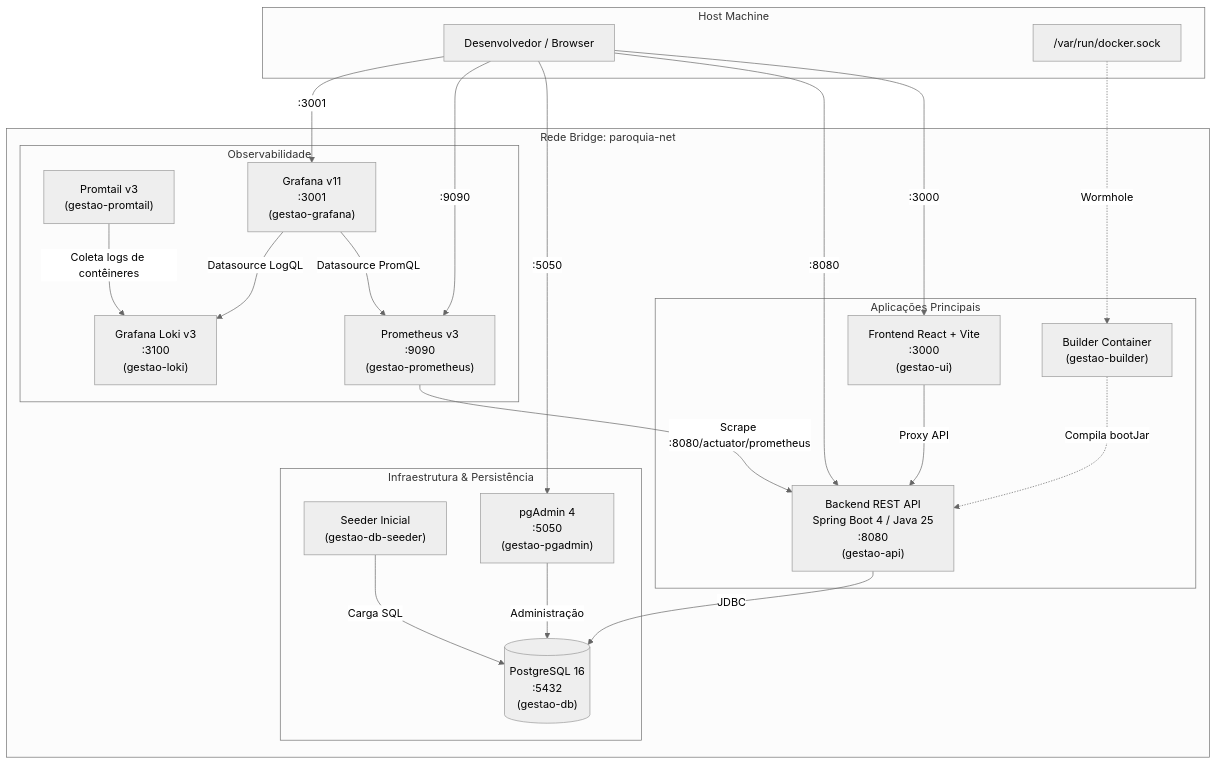
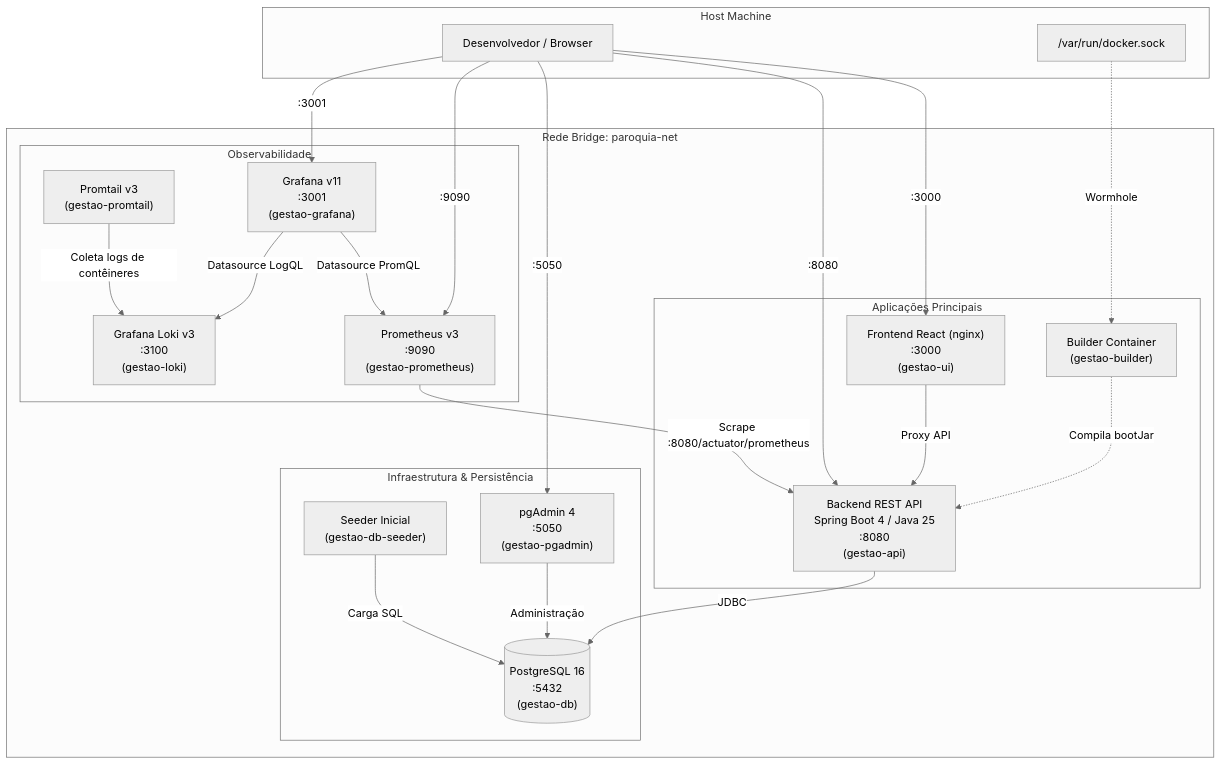
Before and after one commit to BrunoLV/paroquia: the diagram in DOCKER.md, drawn with Mermaid (neutral theme). The commit also changed other lines of this file and 467 other files, not shown here.

````diff
--- a/DOCKER.md
+++ b/DOCKER.md
@@ -11,47 +11,47 @@
 ```mermaid
 flowchart TD
     subgraph Host["Host Machine"]
         User["Desenvolvedor / Browser"]
         DockerSock["/var/run/docker.sock"]
     end
 
     subgraph ParoquiaNet["Rede Bridge: paroquia-net"]
         subgraph DevInfra["Infraestrutura & Persistência"]
             DB[("PostgreSQL 16\n:5432\n(gestao-db)")]
             DBSeeder["Seeder Inicial\n(gestao-db-seeder)"]
             PGAdmin["pgAdmin 4\n:5050\n(gestao-pgadmin)"]
         end
 
         subgraph CoreApp["Aplicações Principais"]
             Builder["Builder Container\n(gestao-builder)"]
             API["Backend REST API\nSpring Boot 4 / Java 25\n:8080\n(gestao-api)"]
-            UI["Frontend React + Vite\n:3000\n(gestao-ui)"]
+            UI["Frontend React (nginx)\n:3000\n(gestao-ui)"]
         end
 
         subgraph Observability["Observabilidade"]
             Prometheus["Prometheus v3\n:9090\n(gestao-prometheus)"]
             Loki["Grafana Loki v3\n:3100\n(gestao-loki)"]
             Promtail["Promtail v3\n(gestao-promtail)"]
             Grafana["Grafana v11\n:3001\n(gestao-grafana)"]
         end
     end
 
     User -->|":3000"| UI
     User -->|":8080"| API
     User -->|":5050"| PGAdmin
     User -->|":9090"| Prometheus
     User -->|":3001"| Grafana
 
     UI -->|"Proxy API"| API
     API -->|"JDBC"| DB
     DBSeeder -->|"Carga SQL"| DB
     PGAdmin -->|"Administração"| DB
 
     Builder -.->|"Compila bootJar"| API
     DockerSock -.->|"Wormhole"| Builder
 
     Prometheus -->|"Scrape :8080/actuator/prometheus"| API
     Promtail -->|"Coleta logs de contêineres"| Loki
     Grafana -->|"Datasource PromQL"| Prometheus
     Grafana -->|"Datasource LogQL"| Loki
 ```
````
